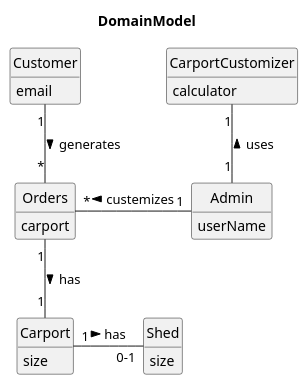
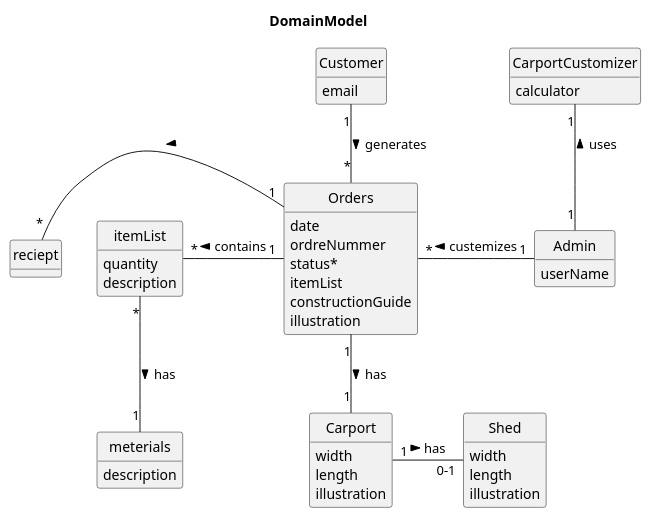
One commit to SirRolin/Carport---GroupB changed the diagram in docs/UML/To-Be/Domain Model/draft1.puml. Above: the diagram before and after it, drawn with PlantUML.

Commit message:
Update draft1.puml
Should be good enough to start work now. Might need further updates/changes later on.

```diff
--- a/docs/UML/To-Be/Domain Model/draft1.puml
+++ b/docs/UML/To-Be/Domain Model/draft1.puml
@@ -1,32 +1,53 @@
 @startuml
 Title DomainModel
 hide circle
 hide methods
 
 class Customer {
     email
 }
 class Admin{
     userName
 }
 class Orders{
-    carport
+    date
+    ordreNummer
+    status*
+    itemList
+    constructionGuide
+    illustration
+
 }
 class Carport{
-    size
+    width
+    length
+    illustration
 }
 class Shed{
-    size
+   width
+   length
+   illustration
 }
 class CarportCustomizer{
     calculator
+}
+
+class itemList{
+    quantity
+    description
+}
+class meterials{
+    description
+}
+class reciept{
 }
 
 Orders "*" -up- "1" Customer: generates <
 Admin "1" -left- "*" Orders: > custemizes
 Orders "1" -down- "1" Carport: has >
 Carport "1" -right- "0-1" Shed: has >
 Admin "1" -up- "1" CarportCustomizer :uses >
-
-
+Orders "1" -left- "*" itemList: contains >
+itemList "*" -down- "1" meterials: has >
+Orders "1" -left- "*" reciept: >
 @enduml
```
